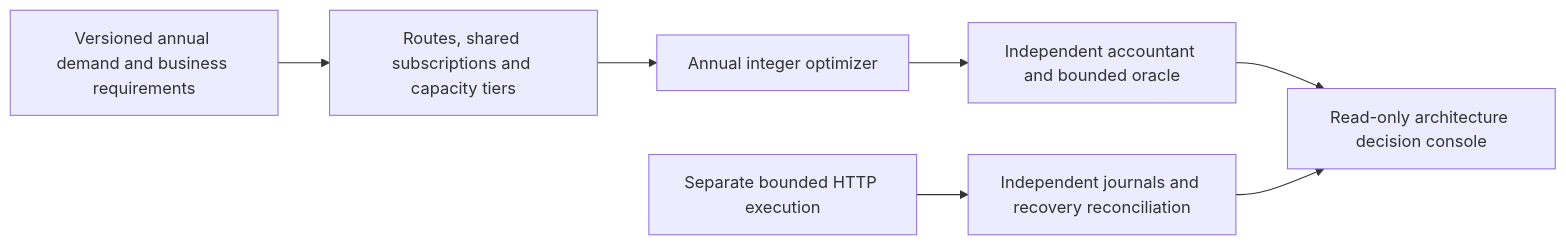
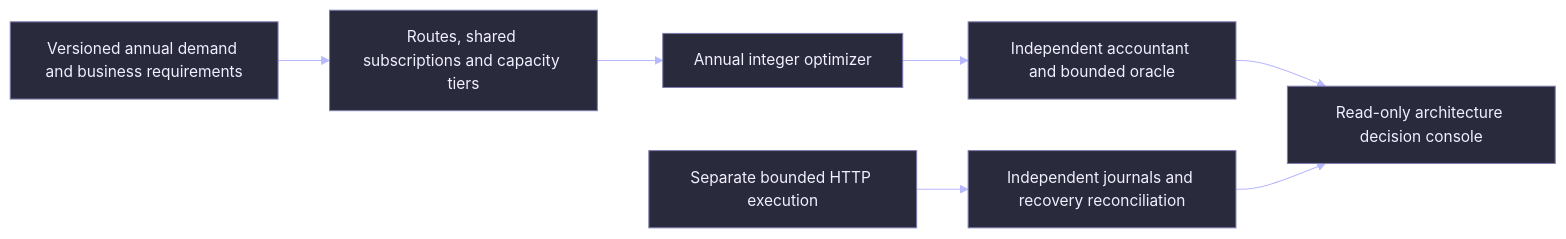
Before and after one commit to rlbsem/martech-stack-economics: the diagram in README.md, drawn with Mermaid.

Commit message:
Unify README architecture diagram with portfolio dark design system

````diff
--- a/README.md
+++ b/README.md
@@ -38,9 +38,10 @@
 ```mermaid
+%%{init: {"theme":"base","themeVariables":{"background":"#10101D","primaryColor":"#2A2A3D","primaryTextColor":"#F0F0FF","primaryBorderColor":"#7C7CAF","lineColor":"#B8B8FF","textColor":"#F0F0FF","secondaryColor":"#181825","tertiaryColor":"#2E2E45","fontFamily":"IBM Plex Sans, Arial, sans-serif","fontSize":"15px","edgeLabelBackground":"#10101D"}}}%%
 flowchart LR
     A[Versioned annual demand and business requirements] --> B[Routes, shared subscriptions and capacity tiers]
     B --> C[Annual integer optimizer]
     C --> D[Independent accountant and bounded oracle]
     D --> E[Read-only architecture decision console]
     F[Separate bounded HTTP execution] --> G[Independent journals and recovery reconciliation]
     G --> E
 ```
````
